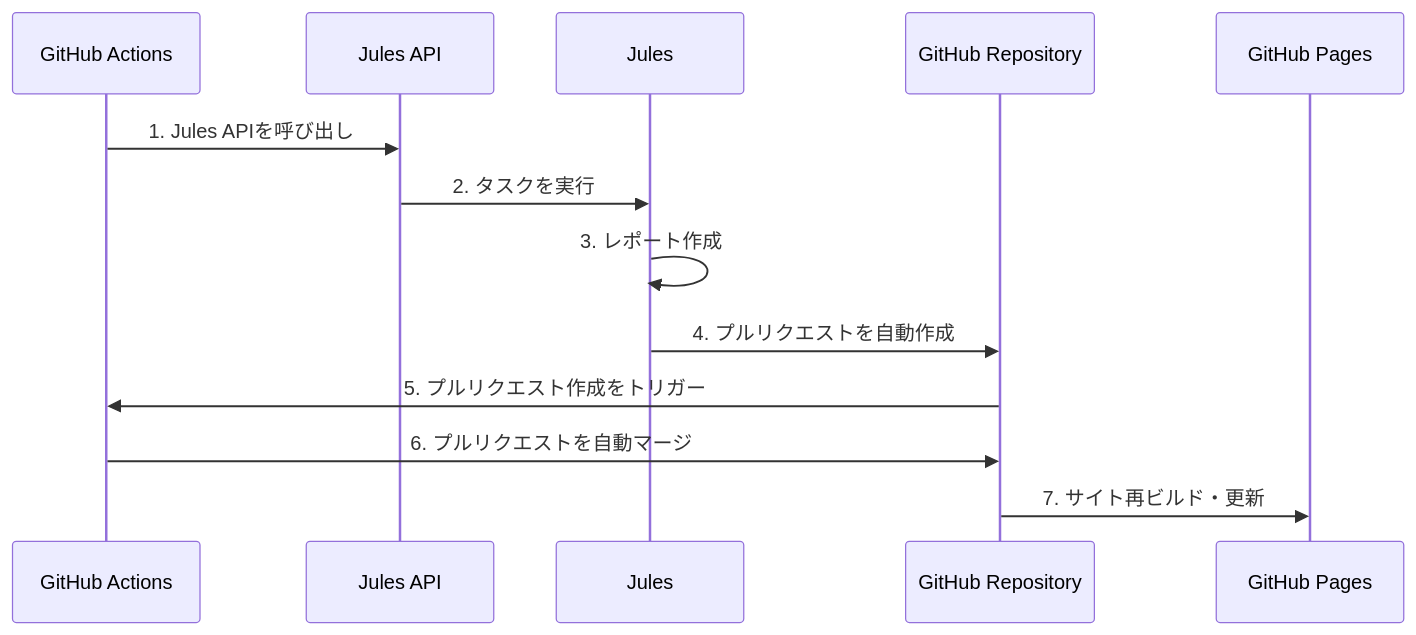
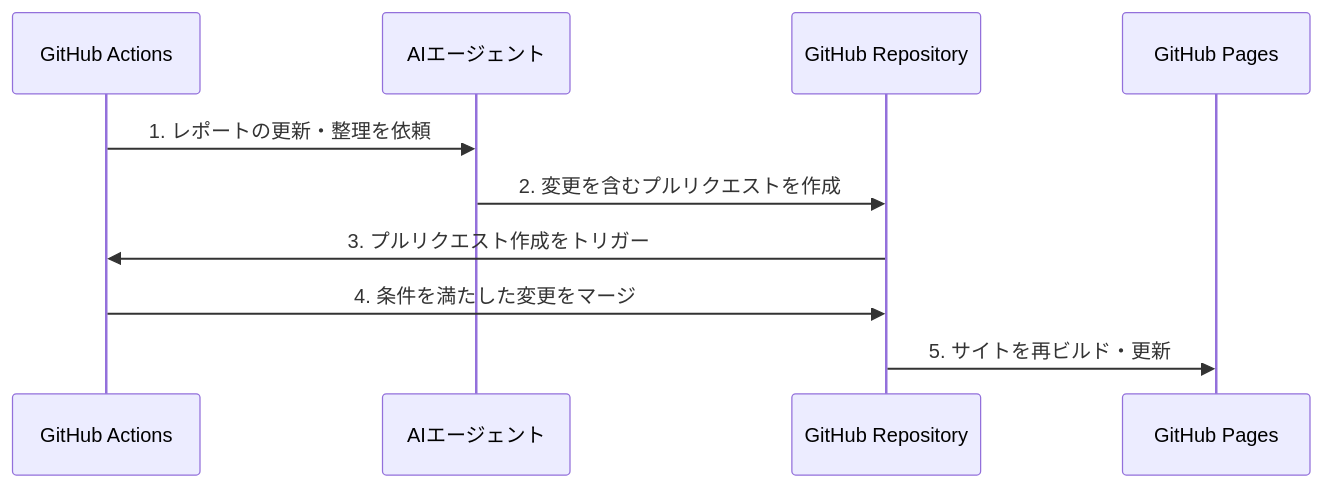
The first of 2 diagrams in README.md (aegisfleet/tool-survey-report), drawn with Mermaid before and after one commit. The commit also changed other lines of this file and 13 other files, not shown here.

````diff
--- a/README.md
+++ b/README.md
@@ -211,16 +211,13 @@
 ```mermaid
 sequenceDiagram
     participant GA as GitHub Actions
-    participant JA as Jules API
-    participant J as Jules
+    participant AI as AIエージェント
     participant GR as GitHub Repository
     participant GP as GitHub Pages
 
-    GA->>JA: 1. Jules APIを呼び出し
-    JA->>J: 2. タスクを実行
-    J->>J: 3. レポート作成
-    J->>GR: 4. プルリクエストを自動作成
-    GR->>GA: 5. プルリクエスト作成をトリガー
-    GA->>GR: 6. プルリクエストを自動マージ
-    GR->>GP: 7. サイト再ビルド・更新
+    GA->>AI: 1. レポートの更新・整理を依頼
+    AI->>GR: 2. 変更を含むプルリクエストを作成
+    GR->>GA: 3. プルリクエスト作成をトリガー
+    GA->>GR: 4. 条件を満たした変更をマージ
+    GR->>GP: 5. サイトを再ビルド・更新
 ```
````
